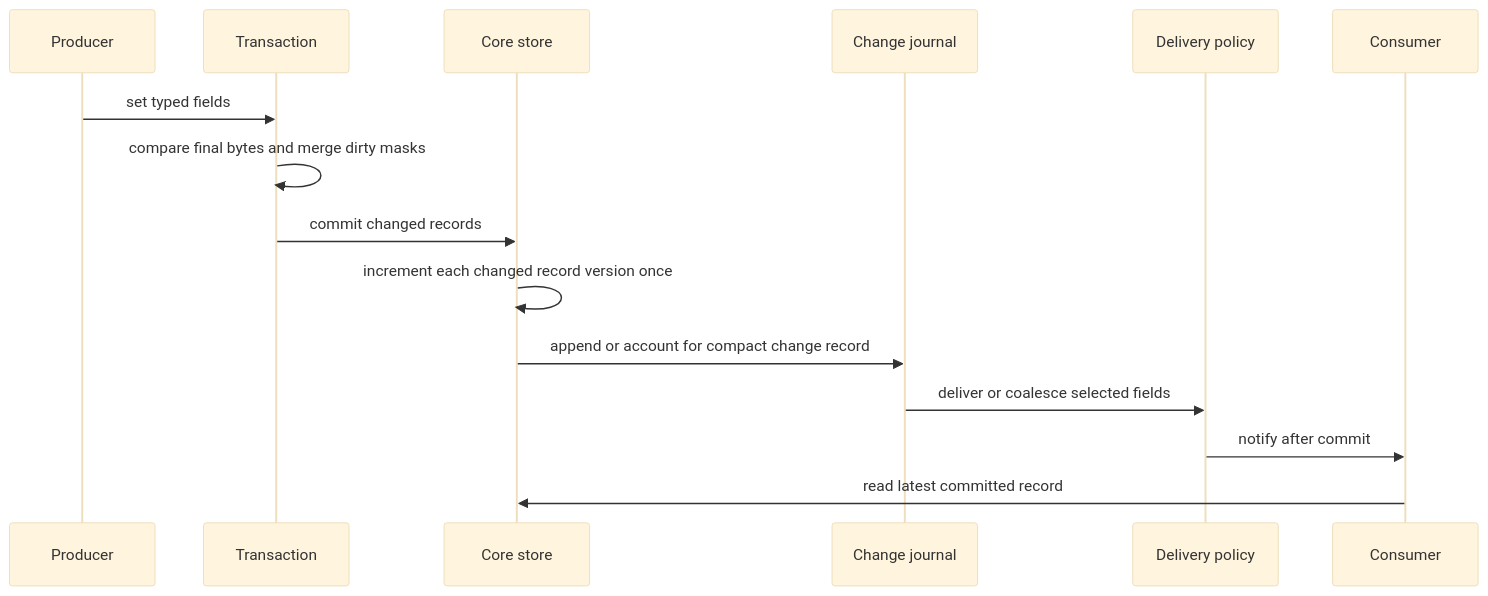
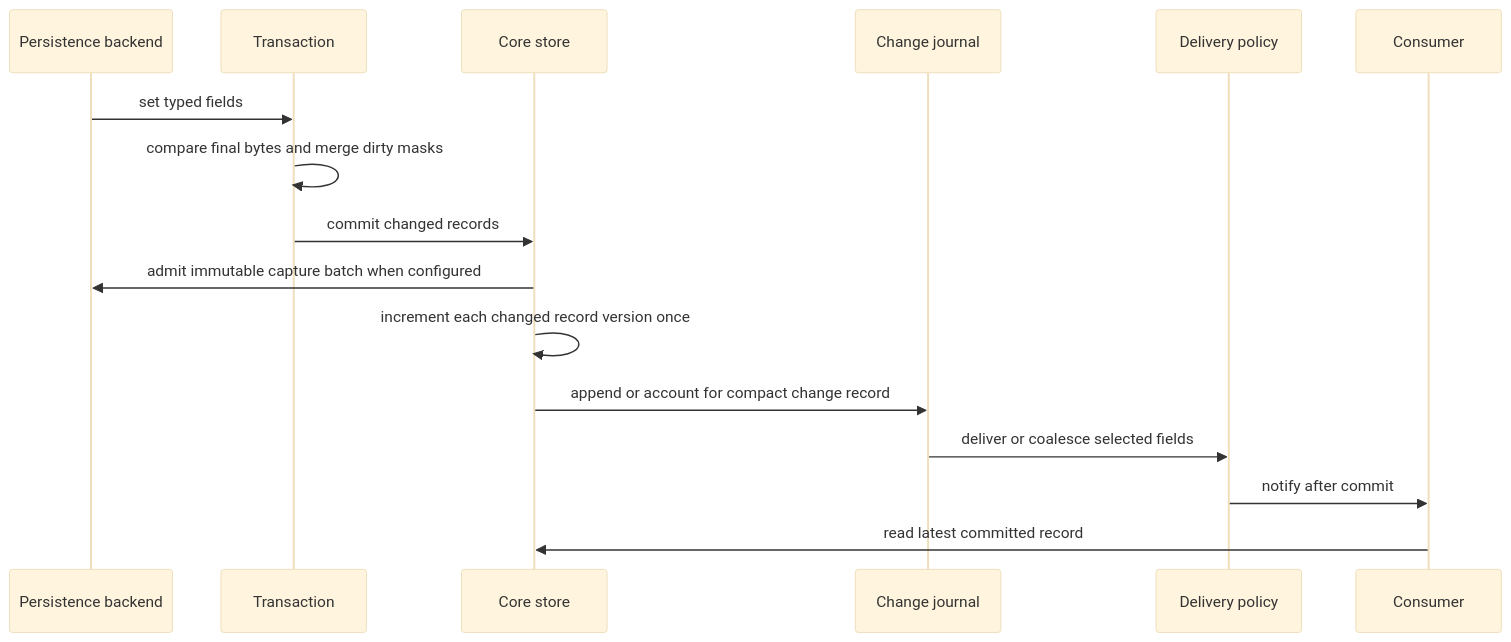
The third of 4 diagrams in docs/architecture.md (JohannesHupp/pulse_slab), drawn with Mermaid (base theme) before and after one commit. The commit also changed other lines of this file and 30 other files, not shown here.

Commit message:
feat(persistence): add optional PulseStore capture journal

````diff
--- a/docs/architecture.md
+++ b/docs/architecture.md
@@ -45,18 +67,20 @@
 ```mermaid
 sequenceDiagram
   participant P as Producer
   participant T as Transaction
   participant S as Core store
+  participant P as Persistence backend
   participant J as Change journal
   participant D as Delivery policy
   participant C as Consumer
 
   P->>T: set typed fields
   T->>T: compare final bytes and merge dirty masks
   T->>S: commit changed records
+  S->>P: admit immutable capture batch when configured
   S->>S: increment each changed record version once
   S->>J: append or account for compact change record
   J->>D: deliver or coalesce selected fields
   D->>C: notify after commit
   C->>S: read latest committed record
 ```
````
